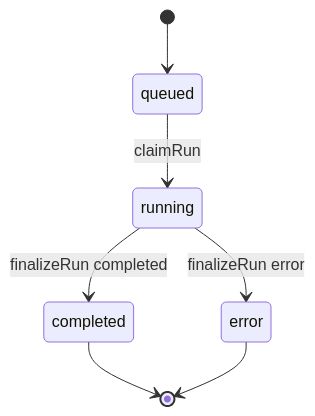
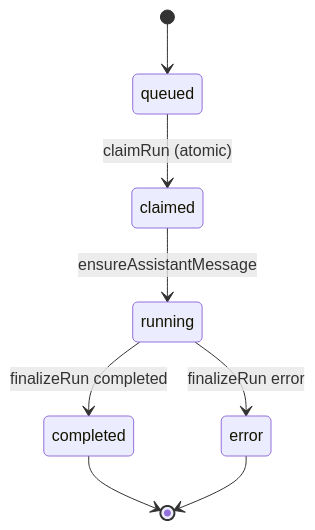
The seventh of 8 diagrams in README.md (AN-SWAPNIL/AgenticAI-Assignment), drawn with Mermaid before and after one commit. The commit also changed other lines of this file and 1 other file, not shown here.

````diff
--- a/README.md
+++ b/README.md
@@ -209,9 +251,10 @@
 ```mermaid
 stateDiagram-v2
   [*] --> queued
-  queued --> running: claimRun
-  running --> completed: finalizeRun completed
-  running --> error: finalizeRun error
+  queued --> claimed : claimRun (atomic)
+  claimed --> running : ensureAssistantMessage
+  running --> completed : finalizeRun completed
+  running --> error : finalizeRun error
   completed --> [*]
   error --> [*]
 ```
````
